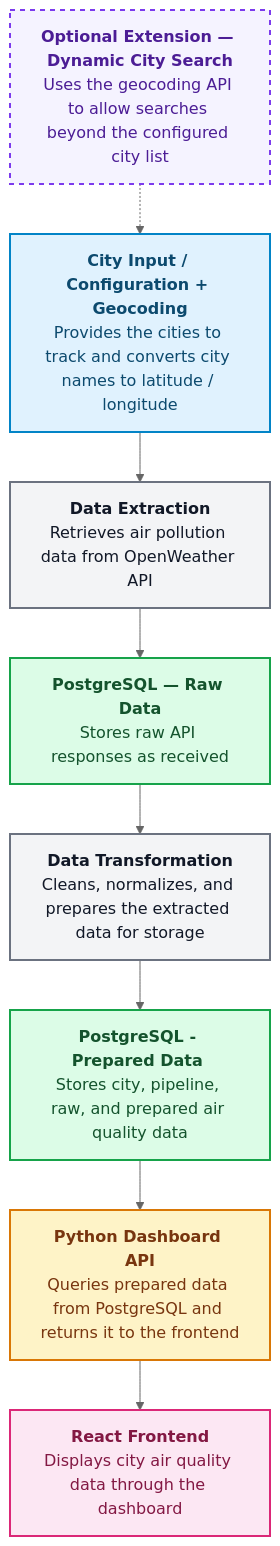
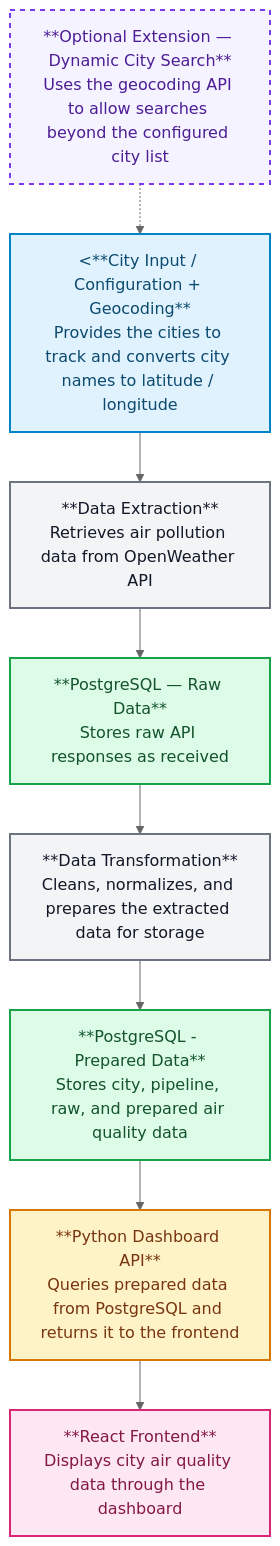
The diagram in docs/architecture/architecture.md (Code-the-Dream-School/summer-26-py-practicum-team3), drawn with Mermaid (neutral theme) before and after one commit.

Commit message:
Update architecture diagram formatting for clarity

````diff
--- a/docs/architecture/architecture.md
+++ b/docs/architecture/architecture.md
@@ -29,41 +29,41 @@
 ```mermaid
 flowchart TD
-	A["<b>City Input / Configuration + Geocoding</b><br/>Provides the cities to track and converts city names to latitude / longitude"]
+	A["<**City Input / Configuration + Geocoding**<br>Provides the cities to track and converts city names to latitude / longitude"]
 
-	B["<b>Data Extraction</b><br/>Retrieves air pollution data from OpenWeather API"]
+	B["**Data Extraction**<br>Retrieves air pollution data from OpenWeather API"]
 
-	C["<b>PostgreSQL — Raw Data</b><br/>Stores raw API responses as received"]
+	C["**PostgreSQL — Raw Data**<br>Stores raw API responses as received"]
 
-	D["<b>Data Transformation</b><br/>Cleans, normalizes, and prepares the extracted data for storage"]
+	D["**Data Transformation**<br>Cleans, normalizes, and prepares the extracted data for storage"]
 
-	E["<b>PostgreSQL - Prepared Data </b><br/>Stores city, pipeline, raw, and prepared air quality data"]
+	E["**PostgreSQL - Prepared Data**<br>Stores city, pipeline, raw, and prepared air quality data"]
 
-	F["<b>Python Dashboard API</b><br/>Queries prepared data from PostgreSQL and returns it to the frontend"]
+	F["**Python Dashboard API**<br>Queries prepared data from PostgreSQL and returns it to the frontend"]
 
-	G["<b>React Frontend</b><br/>Displays city air quality data through the dashboard"]
+	G["**React Frontend**<br>Displays city air quality data through the dashboard"]
 
-    H["<b>Optional Extension — Dynamic City Search</b><br/>Uses the geocoding API to allow searches beyond the configured city list"]
+    H["**Optional Extension — Dynamic City Search**<br>Uses the geocoding API to allow searches beyond the configured city list"]
 
 A --> B
 B --> C
 C --> D
 D --> E
 E --> F
 F --> G
 
 H -.-> A
 
 classDef input fill:#e0f2fe,stroke:#0284c7,stroke-width:2px,color:#0c4a6e
 classDef process fill:#f3f4f6,stroke:#6b7280,stroke-width:2px,color:#111827
 classDef database fill:#dcfce7,stroke:#16a34a,stroke-width:2px,color:#14532d
 classDef api fill:#fef3c7,stroke:#d97706,stroke-width:2px,color:#78350f
 classDef frontend fill:#fce7f3,stroke:#db2777,stroke-width:2px,color:#831843
 classDef optional fill:#f5f3ff,stroke:#7c3aed,stroke-width:2px,stroke-dasharray:5 5,color:#4c1d95
 
 class A input
 class B,D process
 class C,E database
 class F api
 class G frontend
 class H optional
 ```
````
